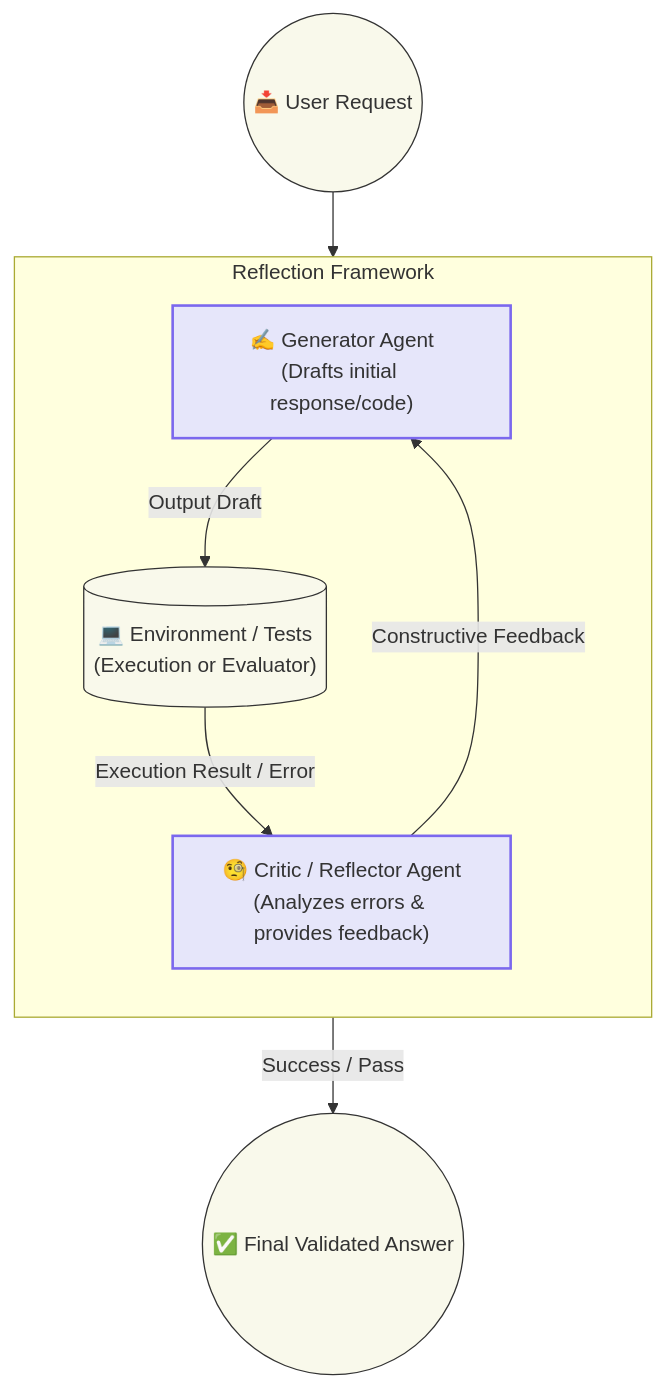
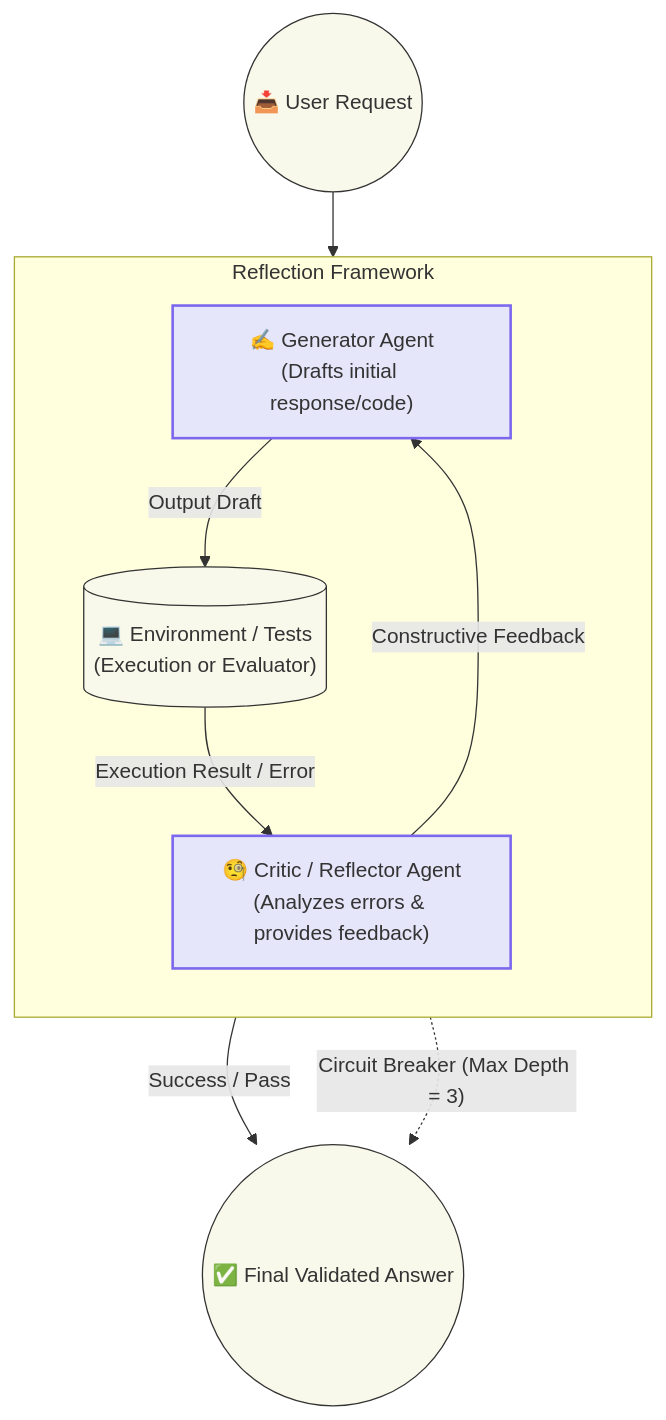
Before and after one commit to zhuoyu246/Agentic-DataLab: the fourth of 4 diagrams in README.md, drawn with Mermaid. The commit also changed other lines of this file, not shown here.

Commit message:
Docs: Update architecture diagrams and docs to match new LangGraph implementation

````diff
--- a/README.md
+++ b/README.md
@@ -130,23 +132,24 @@
 ```mermaid
 graph TD
     Input(("📥 User Request")) --> Generator
     
     subgraph ReflectionFramework [Reflection Framework]
         direction TB
         Generator["✍️ Generator Agent<br/>(Drafts initial response/code)"]
         Env[("💻 Environment / Tests<br/>(Execution or Evaluator)")]
         Critic["🧐 Critic / Reflector Agent<br/>(Analyzes errors & provides feedback)"]
         
         Generator -->|Output Draft| Env
         Env -->|Execution Result / Error| Critic
         Critic -->|Constructive Feedback| Generator
     end
     
     Env -->|Success / Pass| Output(("✅ Final Validated Answer"))
+    Critic -.->|"Circuit Breaker (Max Depth = 3)"| Output
     
     classDef default fill:#f9f9eb,stroke:#333,stroke-width:1px;
     classDef agent fill:#e6e6fa,stroke:#7b68ee,stroke-width:2px;
     
     class Generator,Critic agent;
     class Input,Output fill:#d4edda,stroke:#28a745,stroke-width:2px;
 ```
````
